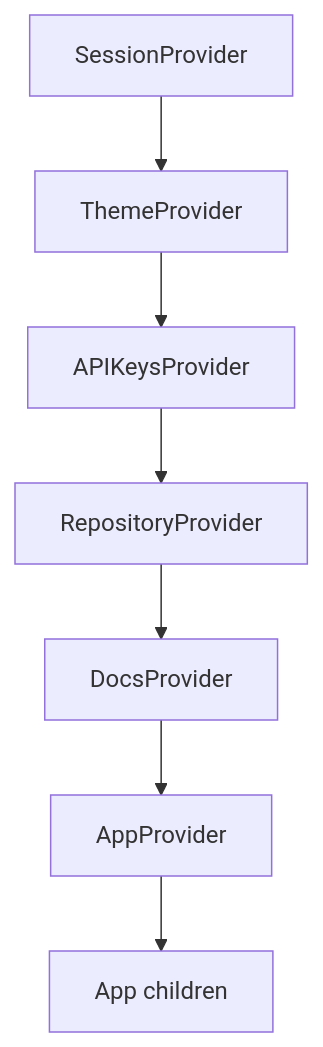
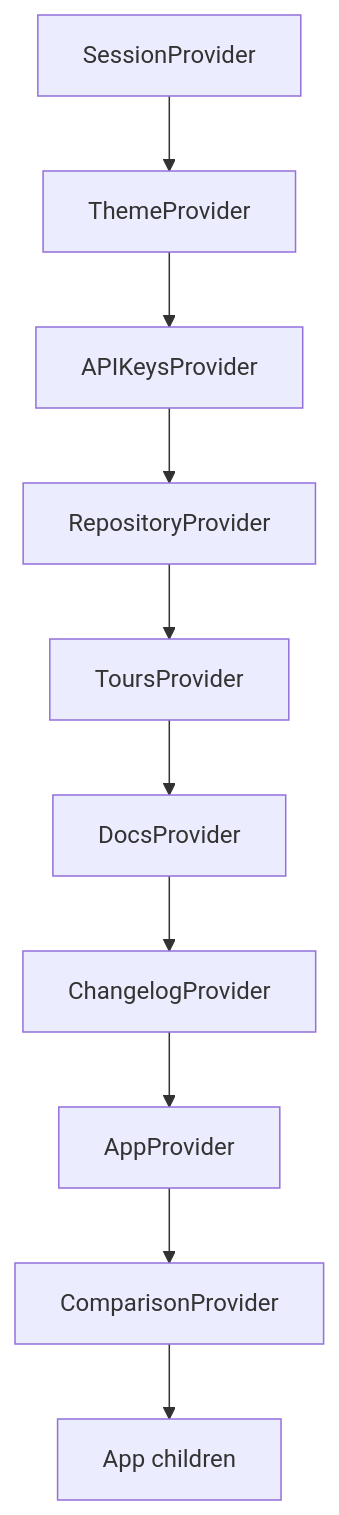
Before and after one commit to zebbern/repolens: the second of 5 diagrams in ARCHITECTURE.md, drawn with Mermaid. The commit also changed other lines of this file and 1 other file, not shown here.

Commit message:
docs: update AGENTS.md and ARCHITECTURE.md for 6 new features

````diff
--- a/ARCHITECTURE.md
+++ b/ARCHITECTURE.md
@@ -51,9 +51,12 @@
 ```mermaid
 graph TD
   A["SessionProvider"] --> B["ThemeProvider"]
   B --> C["APIKeysProvider"]
   C --> D["RepositoryProvider"]
-  D --> E["DocsProvider"]
-  E --> F["AppProvider"]
-  F --> G["App children"]
+  D --> E["ToursProvider"]
+  E --> F["DocsProvider"]
+  F --> G["ChangelogProvider"]
+  G --> H["AppProvider"]
+  H --> I["ComparisonProvider"]
+  I --> J["App children"]
 ```
````
